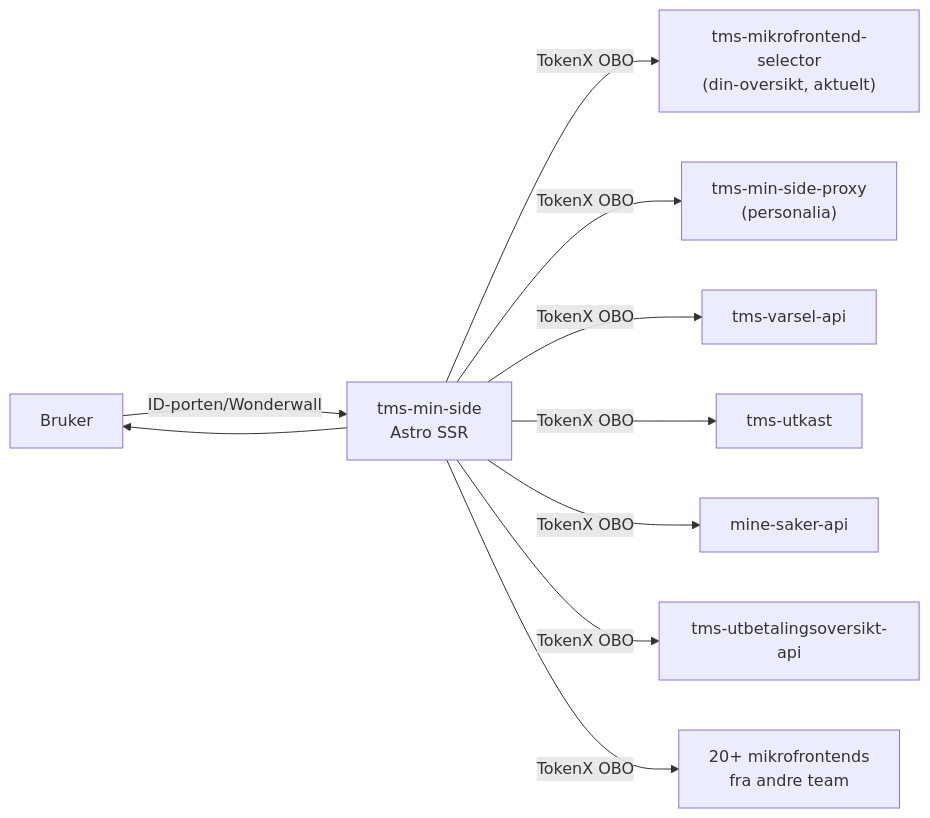
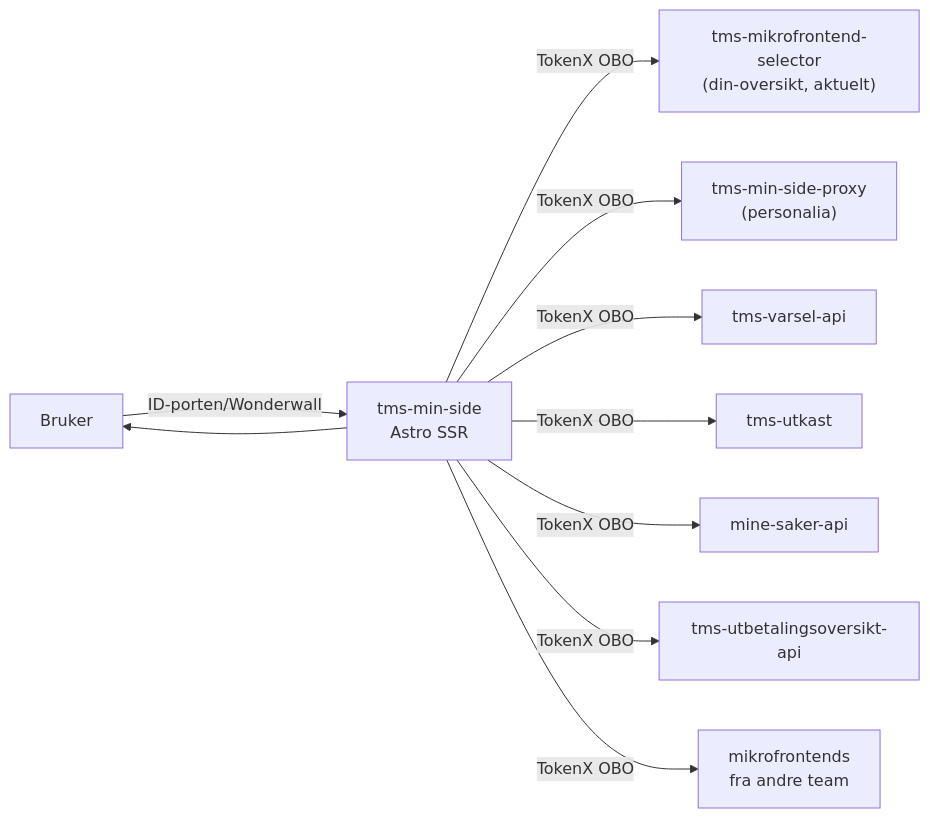
The diagram in README.md (navikt/tms-min-side), drawn with Mermaid before and after one commit. The commit also changed other lines of this file, not shown here.

````diff
--- a/README.md
+++ b/README.md
@@ -34,12 +36,12 @@
 ```mermaid
 flowchart LR
     Bruker -->|ID-porten/Wonderwall| App["tms-min-side\nAstro SSR"]
     App -->|TokenX OBO| Selector["tms-mikrofrontend-selector\n(din-oversikt, aktuelt)"]
     App -->|TokenX OBO| Proxy["tms-min-side-proxy\n(personalia)"]
     App -->|TokenX OBO| Varsel["tms-varsel-api"]
     App -->|TokenX OBO| Utkast["tms-utkast"]
     App -->|TokenX OBO| Dokumenter["mine-saker-api"]
     App -->|TokenX OBO| Utbetaling["tms-utbetalingsoversikt-api"]
-    App -->|TokenX OBO| Mikrofronter["20+ mikrofrontends\nfra andre team"]
+    App -->|TokenX OBO| Mikrofronter["mikrofrontends\nfra andre team"]
     App --> Bruker
 ```
````
